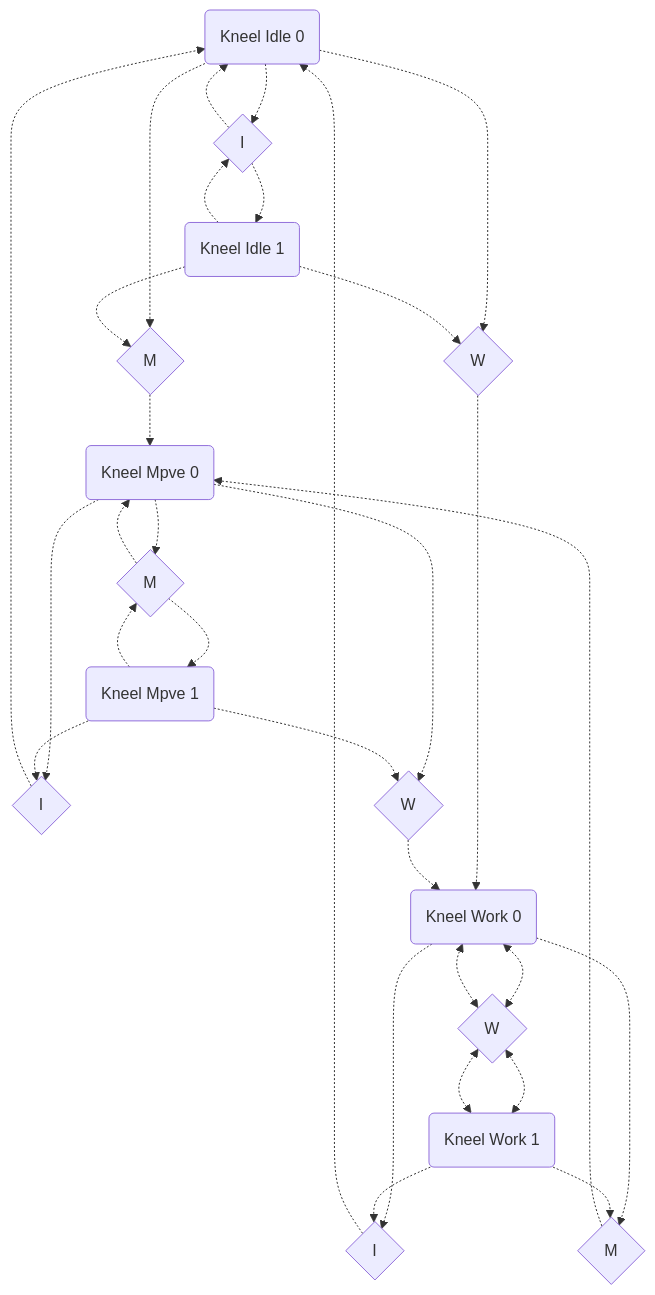
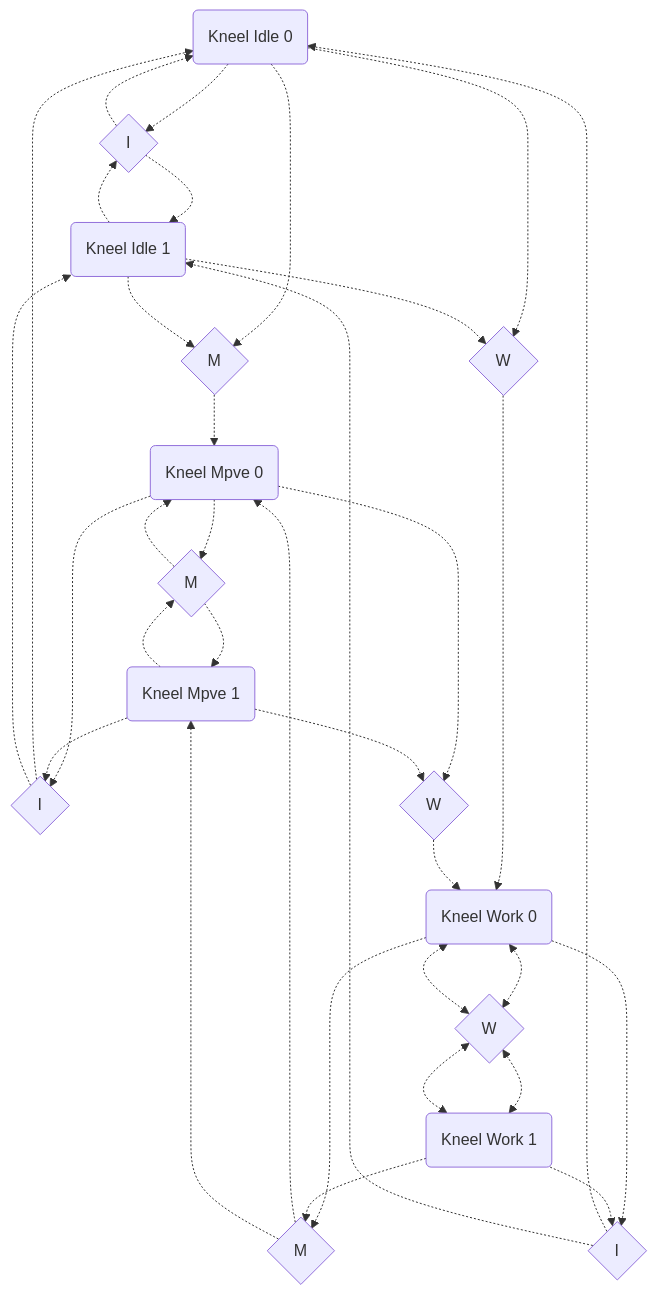
The second of 2 diagrams in Nitcha/doc/states.md (LKSLukeStrike/TIC-Projects), drawn with Mermaid before and after one commit. The commit also changed 2 other files, not shown here.

Commit message:
Add directions offsets

`````diff
--- a/Nitcha/doc/states.md
+++ b/Nitcha/doc/states.md
@@ -39,72 +39,75 @@
 ````mermaid
 flowchart TB
     KI0(Kneel Idle 0)
     KI1(Kneel Idle 1)
     KW0(Kneel Work 0)
     KW1(Kneel Work 1)
     KM0(Kneel Mpve 0)
     KM1(Kneel Mpve 1)
 
     %% keep state
     KII{I}
     KMM{M}
     KWW{W}
     %% idle <> move
     KIM{M}
     KMI{I}
     %% idle <> work
     KIW{W}
     KWI{I}
     %% move <> work
     KMW{W}
     KWM{M}
 
     %% loop idle -- depend on stress
     KI0-.->KII
     KII-.->KI0
     KI1-.->KII
     KII-.->KI1
 
     %% loop move -- while moving
     KM0-.->KMM
     KMM-.->KM0
     KM1-.->KMM
     KMM-.->KM1
 
     %% loop work -- until work is done or move
     KW0<-.->KWW
     KWW<-.->KW0
     KW1<-.->KWW
     KWW<-.->KW1
 
     %% idle to move
     KI0-.->KIM
     KI1-.->KIM
     KIM-.->KM0
 
     %% move to idle
     KM0-.->KMI
     KM1-.->KMI
     KMI-.->KI0
+    KMI-.->KI1
 
     %% idle to work
     KI0-.->KIW
     KI1-.->KIW
     KIW-.->KW0
 
     %% work to idle
     KW0-.->KWI
     KW1-.->KWI
     KWI-.->KI0
+    KWI-.->KI1
 
     %% move to work
     KM0-.->KMW
     KM1-.->KMW
     KMW-.->KW0
 
     %% work to move
     KW0-.->KWM
     KW1-.->KWM
     KWM-.->KM0
+    KWM-.->KM1
 
 ````
`````
